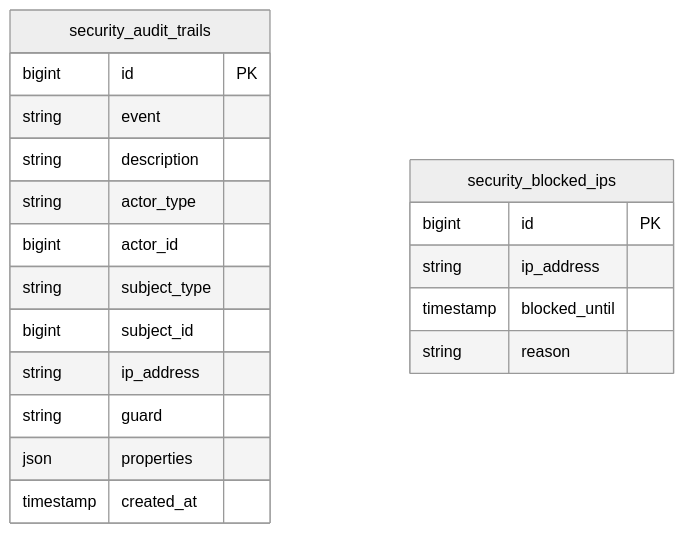
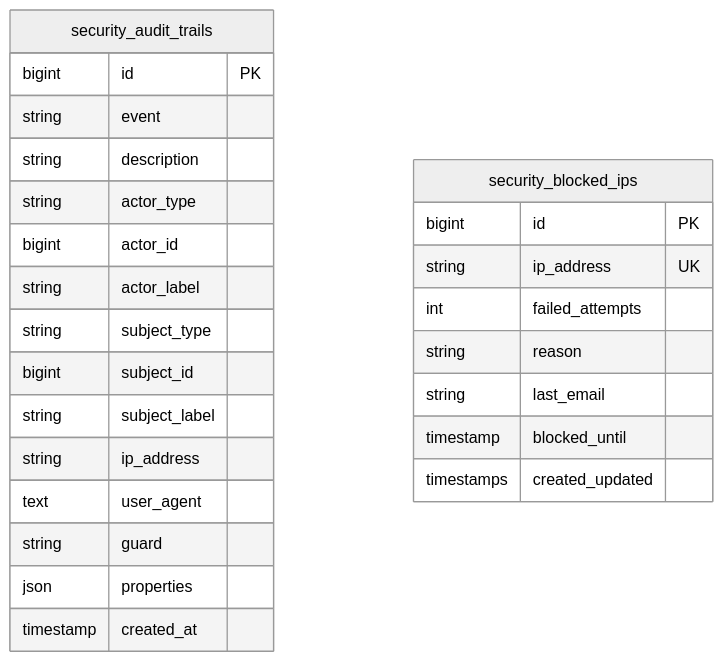
Before and after one commit to bionte4/auraERP: the seventh of 7 diagrams in docs/ERD-auraERP.md, drawn with Mermaid (neutral theme). The commit also changed other lines of this file and 4 other files, not shown here.

First line of the commit message:
docs: sync schema/ERD/PRD and make project stage seeder idempotent

````diff
--- a/docs/ERD-auraERP.md
+++ b/docs/ERD-auraERP.md
@@ -407,23 +422,29 @@
 ```mermaid
 erDiagram
   security_audit_trails {
     bigint id PK
     string event
     string description
     string actor_type
     bigint actor_id
+    string actor_label
     string subject_type
     bigint subject_id
+    string subject_label
     string ip_address
+    text user_agent
     string guard
     json properties
     timestamp created_at
   }
 
   security_blocked_ips {
     bigint id PK
-    string ip_address
+    string ip_address UK
+    int failed_attempts
+    string reason
+    string last_email
     timestamp blocked_until
-    string reason
+    timestamps created_updated
   }
 ```
````
